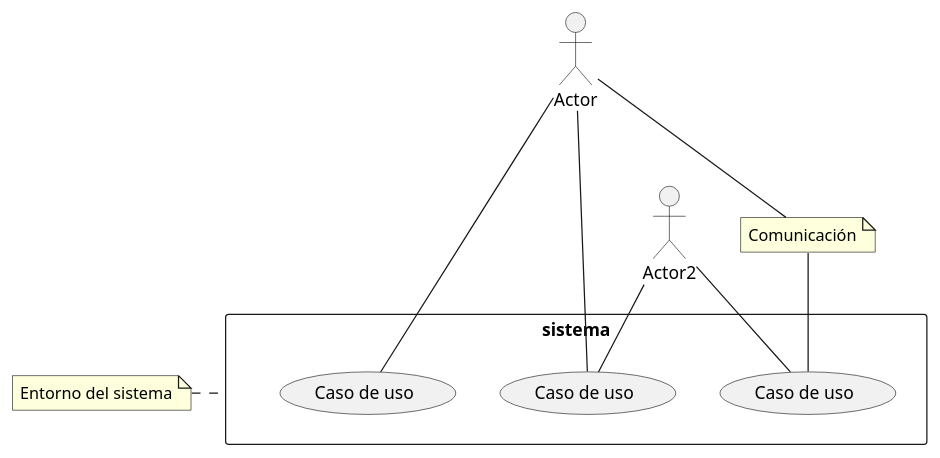
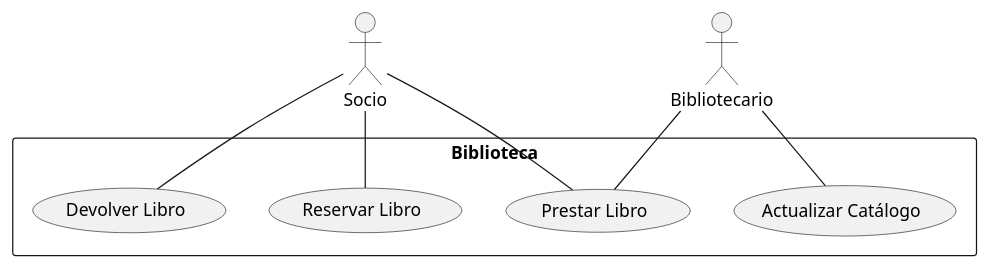
One commit to alejaandroobc/CasosDeUso2_UML changed the diagram in src/CasosDeUso2_UML.puml. Above: the diagram before and after it, drawn with PlantUML. The commit also changed 1 other file, not shown here.

Commit message:
Ejemplo Biblioteca

```diff
--- a/src/CasosDeUso2_UML.puml
+++ b/src/CasosDeUso2_UML.puml
@@ -1,18 +1,15 @@
 @startuml
-:Actor:
-:Actor2:
-rectangle sistema{
-usecase UC1 as "Caso de uso"
-usecase UC2 as "Caso de uso"
-usecase UC3 as "Caso de uso"
+:Socio:
+:Bibliotecario:
+rectangle Biblioteca{
+usecase UC1 as "Reservar Libro"
+usecase UC2 as "Prestar Libro"
+usecase UC3 as "Devolver Libro"
+usecase UC4 as "Actualizar Catálogo"
 }
-note left of sistema : Entorno del sistema
-note "Comunicación" as N1
-
-(Actor)-- N1
-N1 -- (UC1)
-Actor -- UC2
-Actor -- UC3
-Actor2 -- UC1
-Actor2 -- UC3
+Socio -- UC1
+Socio -- UC2
+Socio -- UC3
+Bibliotecario -- UC2
+Bibliotecario -- UC4
 @enduml
```
